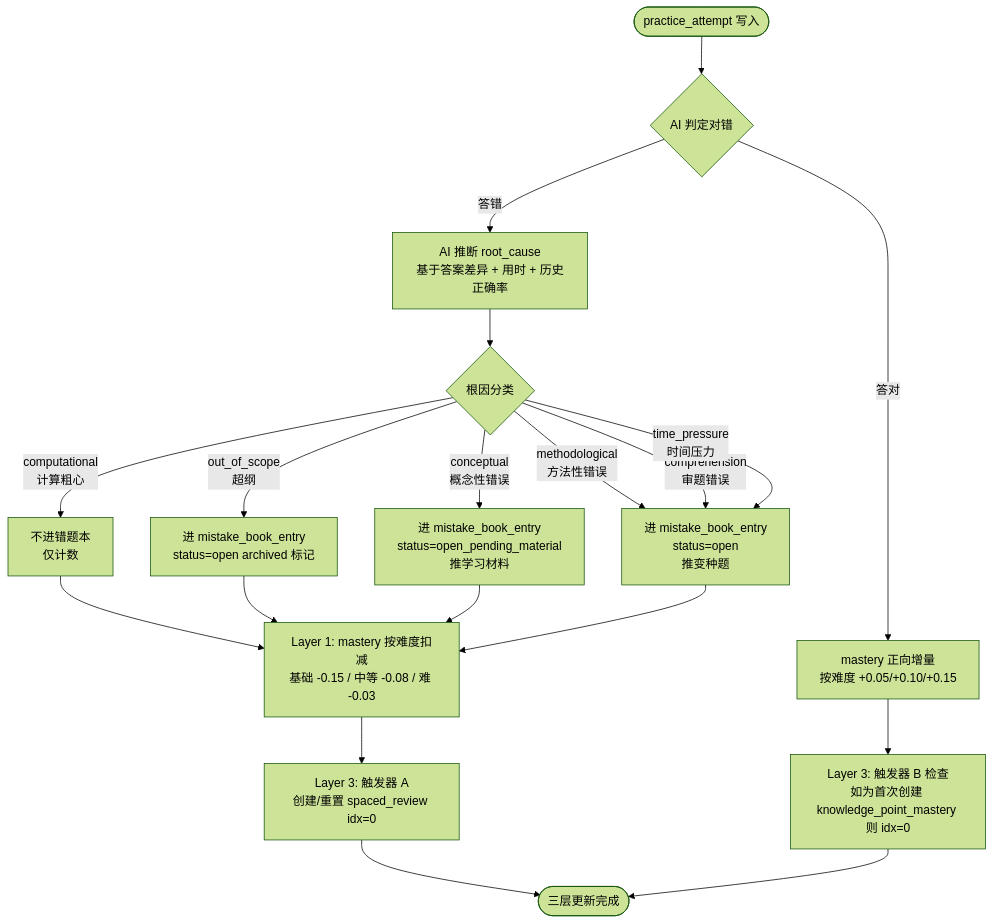
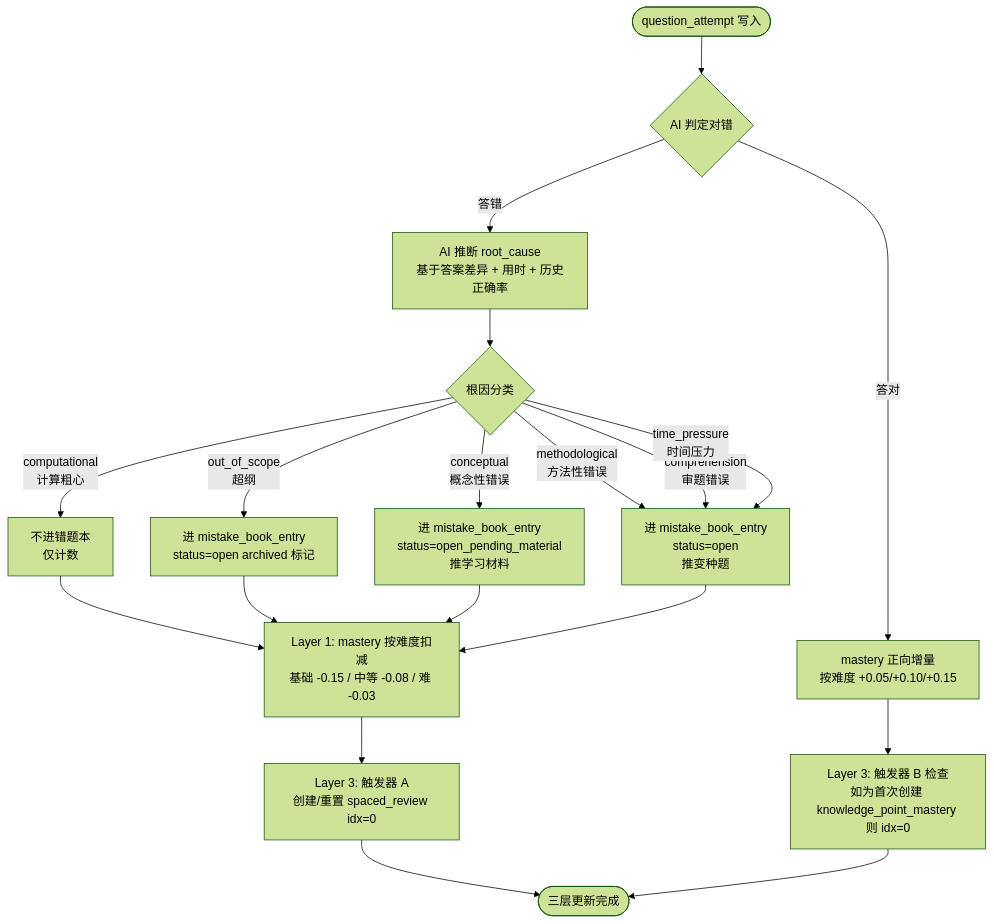
Before and after one commit to swingboat/hao-hao-study: diagram 15 of 19 in docs/PRD/SmartLearningAssistant_PRD.md, drawn with Mermaid (forest theme). The commit also changed other lines of this file and 27 other files, not shown here.

````diff
--- a/docs/PRD/SmartLearningAssistant_PRD.md
+++ b/docs/PRD/SmartLearningAssistant_PRD.md
@@ -1565,21 +1565,21 @@
 ```mermaid
 flowchart TD
-    A([practice_attempt 写入]) --> B{AI 判定对错}
+    A([question_attempt 写入]) --> B{AI 判定对错}
     B -->|答对| C[mastery 正向增量\n按难度 +0.05/+0.10/+0.15]
     B -->|答错| D[AI 推断 root_cause\n基于答案差异 + 用时 + 历史正确率]
     D --> E{根因分类}
     E -->|computational\n计算粗心| F[不进错题本\n仅计数]
     E -->|out_of_scope\n超纲| G[进 mistake_book_entry\nstatus=open archived 标记]
     E -->|conceptual\n概念性错误| H[进 mistake_book_entry\nstatus=open_pending_material\n推学习材料]
     E -->|methodological\n方法性错误| I[进 mistake_book_entry\nstatus=open\n推变种题]
     E -->|comprehension\n审题错误| I
     E -->|time_pressure\n时间压力| I
     F --> J[Layer 1: mastery 按难度扣减\n基础 -0.15 / 中等 -0.08 / 难 -0.03]
     G --> J
     H --> J
     I --> J
     J --> K[Layer 3: 触发器 A\n创建/重置 spaced_review idx=0]
     K --> L([三层更新完成])
     C --> M[Layer 3: 触发器 B 检查\n如为首次创建 knowledge_point_mastery 则 idx=0]
     M --> L
 ```
````
